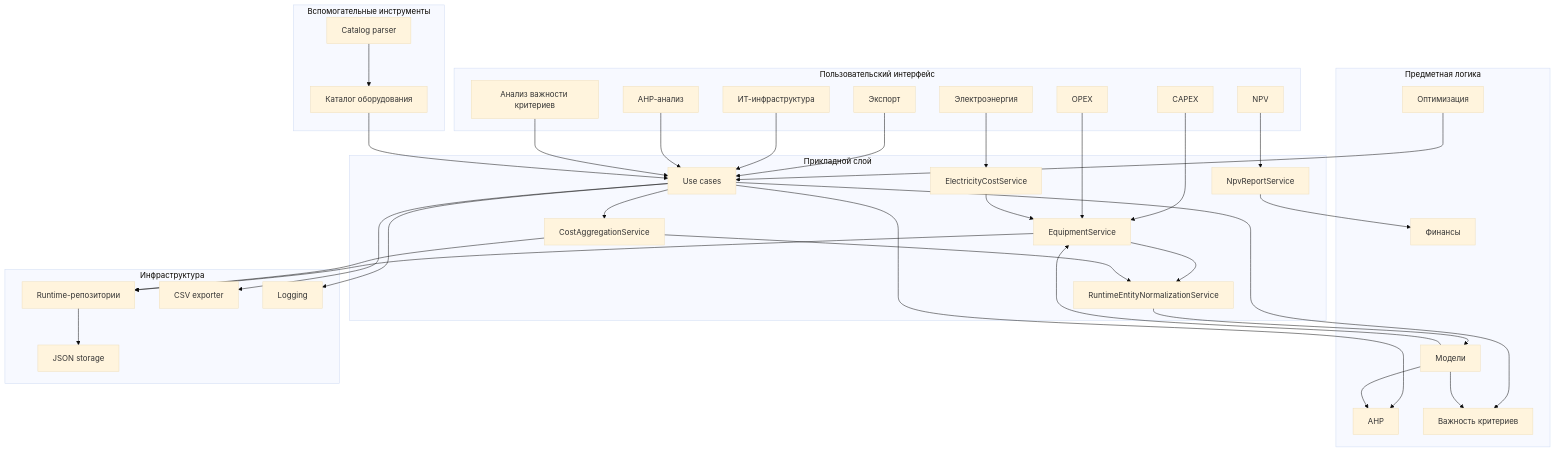
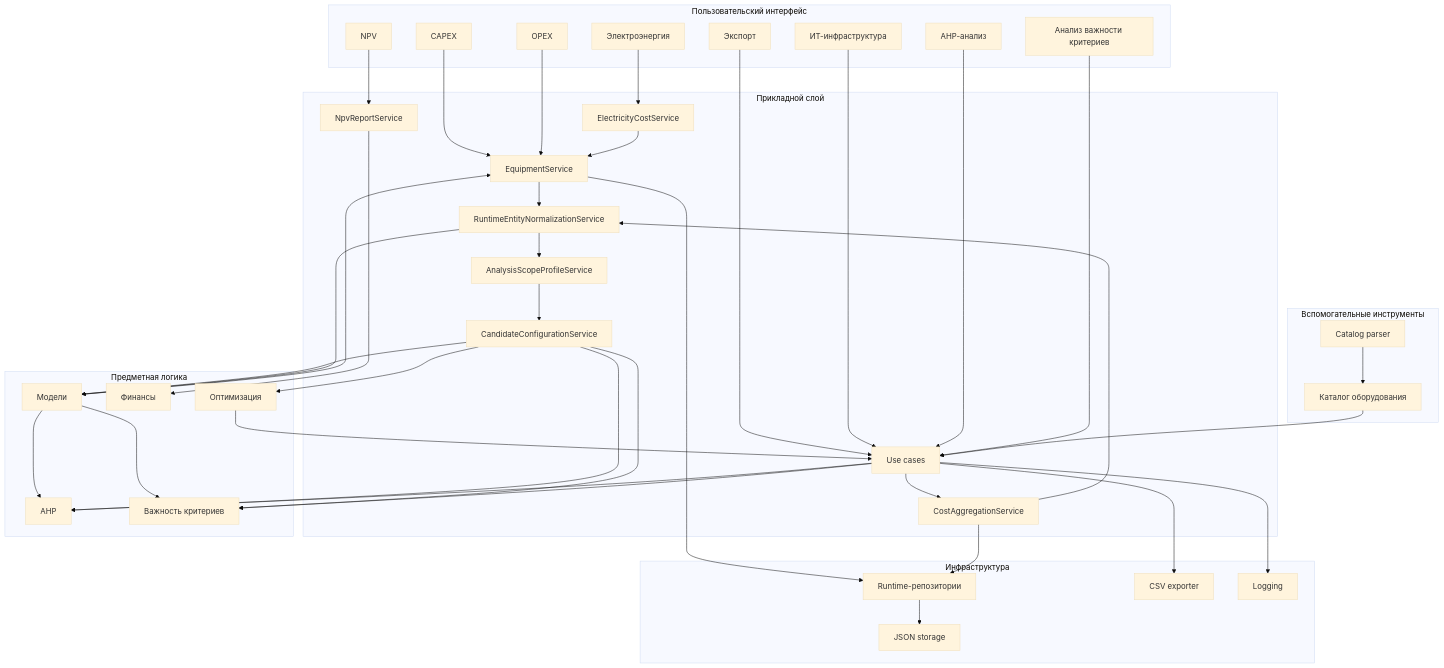
One commit to Pacifica123/it_cost_calc changed the diagram in docs/architecture/module_map.md. Above: the diagram before and after it, drawn with Mermaid (base theme). The commit also changed other lines of this file and 16 other files, not shown here.

````diff
--- a/docs/architecture/module_map.md
+++ b/docs/architecture/module_map.md
@@ -6,73 +6,81 @@
 ```mermaid
 flowchart TB
     subgraph UI[Пользовательский интерфейс]
         CAPEX[CAPEX]
         OPEX[OPEX]
         ENERGY[Электроэнергия]
         NPV[NPV]
         INFRA[ИТ-инфраструктура]
         AHPUI[AHP-анализ]
         CIUI[Анализ важности критериев]
         EXPORTUI[Экспорт]
     end
 
     subgraph APP[Прикладной слой]
         ES[EquipmentService]
         NORM[RuntimeEntityNormalizationService]
+        PROFILE[AnalysisScopeProfileService]
+        CAND[CandidateConfigurationService]
         CAS[CostAggregationService]
         ECS[ElectricityCostService]
         NPVS[NpvReportService]
         UC[Use cases]
     end
 
     subgraph DOM[Предметная логика]
         MODELS[Модели]
         FIN[Финансы]
         AHPD[AHP]
         CID[Важность критериев]
         OPT[Оптимизация]
     end
 
     subgraph INF[Инфраструктура]
         REPO[Runtime-репозитории]
         STORE[JSON storage]
         CSV[CSV exporter]
         LOG[Logging]
     end
 
     subgraph TOOLS[Вспомогательные инструменты]
         PARSER[Catalog parser]
         CATALOG[Каталог оборудования]
     end
 
     CAPEX --> ES
     OPEX --> ES
     ENERGY --> ECS
     NPV --> NPVS
     EXPORTUI --> UC
     INFRA --> UC
     AHPUI --> UC
     CIUI --> UC
 
     ES --> NORM
     CAS --> NORM
+    NORM --> PROFILE
+    PROFILE --> CAND
+    CAND --> AHPD
+    CAND --> CID
+    CAND --> OPT
+    CAND --> MODELS
     NORM --> MODELS
     ES --> REPO
     CAS --> REPO
     ECS --> ES
     NPVS --> FIN
     UC --> AHPD
     UC --> CID
     UC --> CAS
 
     REPO --> STORE
     UC --> CSV
     UC --> LOG
 
     PARSER --> CATALOG
     CATALOG --> UC
     MODELS --> ES
     MODELS --> AHPD
     MODELS --> CID
     OPT --> UC
 ```
````
